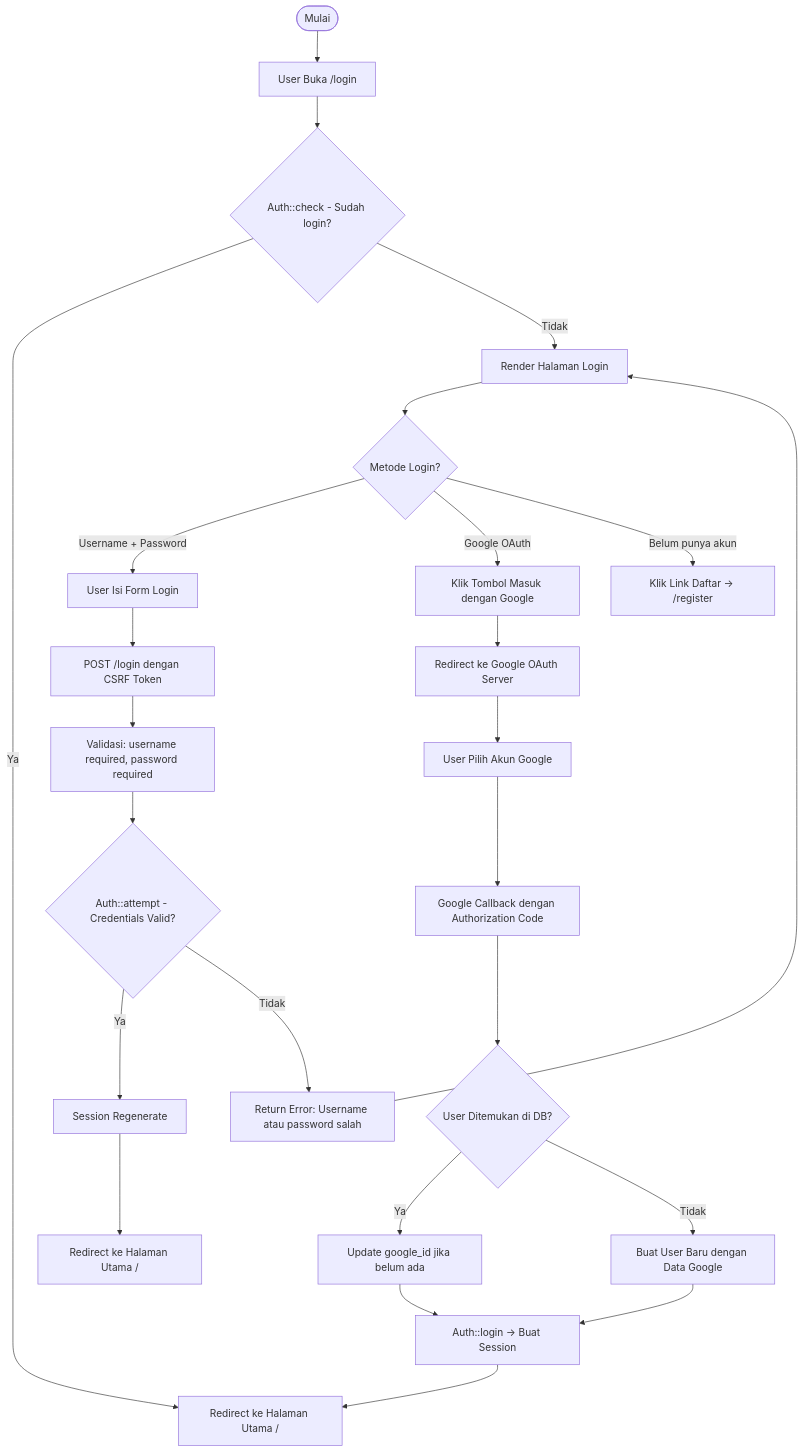
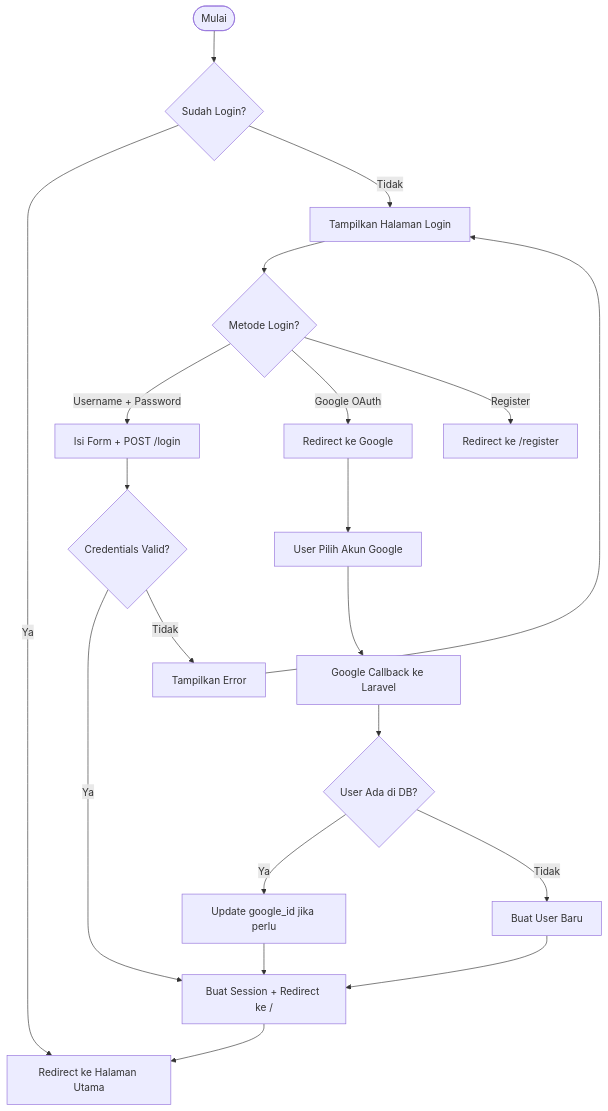
Before and after one commit to falcon-ioi/Caclcon: the fifth of 15 diagrams in e-concalc-web/README.md, drawn with Mermaid. The commit also changed other lines of this file, not shown here.

Commit message:
docs: simplify activity diagrams - 6 concise diagrams retaining core flows

````diff
--- a/e-concalc-web/README.md
+++ b/e-concalc-web/README.md
@@ -250,30 +203,20 @@
 ```mermaid
 flowchart TD
-    A([Mulai]) --> B[User Buka /login]
-    B --> C{Auth::check - Sudah login?}
-    C -- Ya --> D[Redirect ke Halaman Utama /]
-    C -- Tidak --> E[Render Halaman Login]
-
-    E --> F{Metode Login?}
-    F -- Username + Password --> G[User Isi Form Login]
-    F -- Google OAuth --> H[Klik Tombol Masuk dengan Google]
-    F -- Belum punya akun --> I[Klik Link Daftar → /register]
-
-    G --> J[POST /login dengan CSRF Token]
-    J --> K[Validasi: username required, password required]
-    K --> L{Auth::attempt - Credentials Valid?}
-    L -- Ya --> M[Session Regenerate]
-    M --> N[Redirect ke Halaman Utama /]
-    L -- Tidak --> O[Return Error: Username atau password salah]
-    O --> E
-
-    H --> P[Redirect ke Google OAuth Server]
-    P --> Q[User Pilih Akun Google]
-    Q --> R[Google Callback dengan Authorization Code]
-    R --> S{User Ditemukan di DB?}
-    S -- Ya --> T[Update google_id jika belum ada]
-    S -- Tidak --> U[Buat User Baru dengan Data Google]
-    T --> V[Auth::login → Buat Session]
-    U --> V
-    V --> D
+    A([Mulai]) --> B{Sudah Login?}
+    B -- Ya --> C[Redirect ke Halaman Utama]
+    B -- Tidak --> D[Tampilkan Halaman Login]
+    D --> E{Metode Login?}
+    E -- Username + Password --> F[Isi Form + POST /login]
+    E -- Google OAuth --> G[Redirect ke Google]
+    E -- Register --> H[Redirect ke /register]
+    F --> I{Credentials Valid?}
+    I -- Ya --> J[Buat Session + Redirect ke /] --> C
+    I -- Tidak --> K[Tampilkan Error] --> D
+    G --> L[User Pilih Akun Google]
+    L --> M[Google Callback ke Laravel]
+    M --> N{User Ada di DB?}
+    N -- Ya --> O[Update google_id jika perlu]
+    N -- Tidak --> P[Buat User Baru]
+    O --> J
+    P --> J
 ```
````
